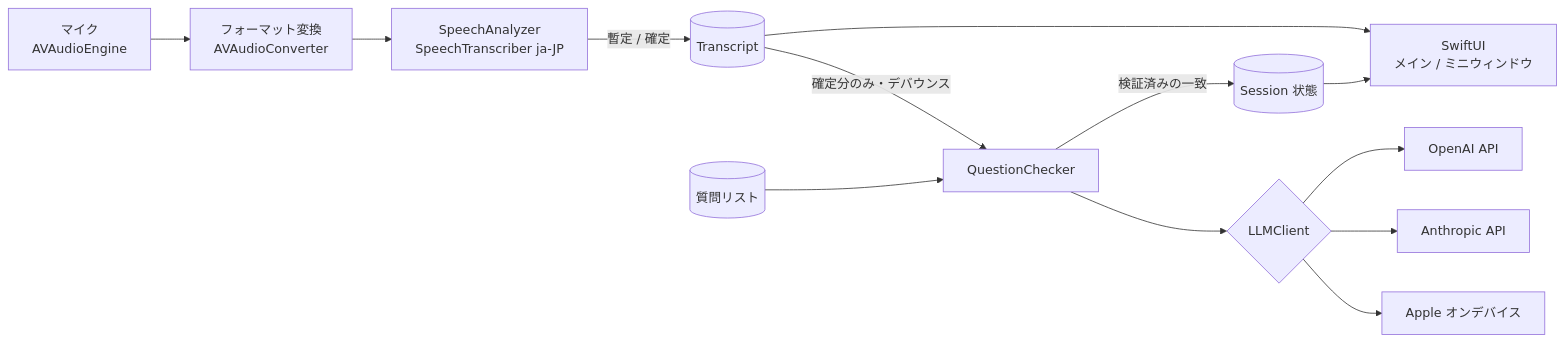
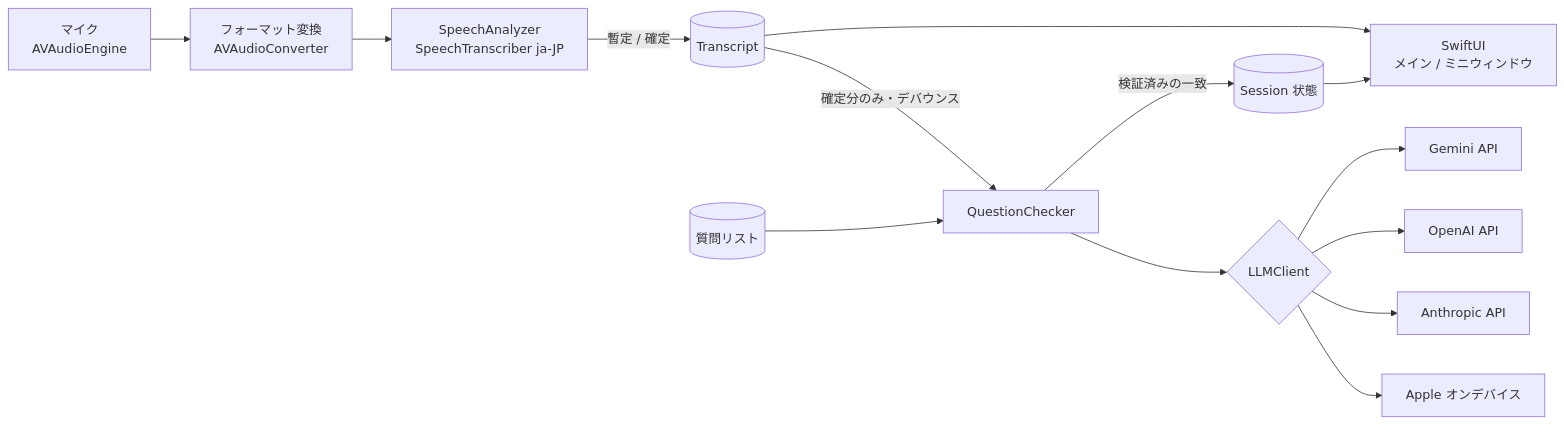
Before and after one commit to h-sgy/AskTrack: the diagram in DESIGN.md, drawn with Mermaid. The commit also changed other lines of this file and 16 other files, not shown here.

````diff
--- a/DESIGN.md
+++ b/DESIGN.md
@@ -47,15 +47,16 @@
 ```mermaid
 flowchart LR
   Mic["マイク<br/>AVAudioEngine"] --> Conv["フォーマット変換<br/>AVAudioConverter"]
   Conv --> SA["SpeechAnalyzer<br/>SpeechTranscriber ja-JP"]
   SA -- "暫定 / 確定" --> TS[("Transcript")]
   TS -- "確定分のみ・デバウンス" --> QC["QuestionChecker"]
   QL[("質問リスト")] --> QC
   QC --> LLM{"LLMClient"}
   LLM --> A["Apple オンデバイス"]
   LLM --> B["Anthropic API"]
   LLM --> C["OpenAI API"]
+  LLM --> D["Gemini API"]
   QC -- "検証済みの一致" --> ST[("Session 状態")]
   ST --> UI["SwiftUI<br/>メイン / ミニウィンドウ"]
   TS --> UI
 ```
````
